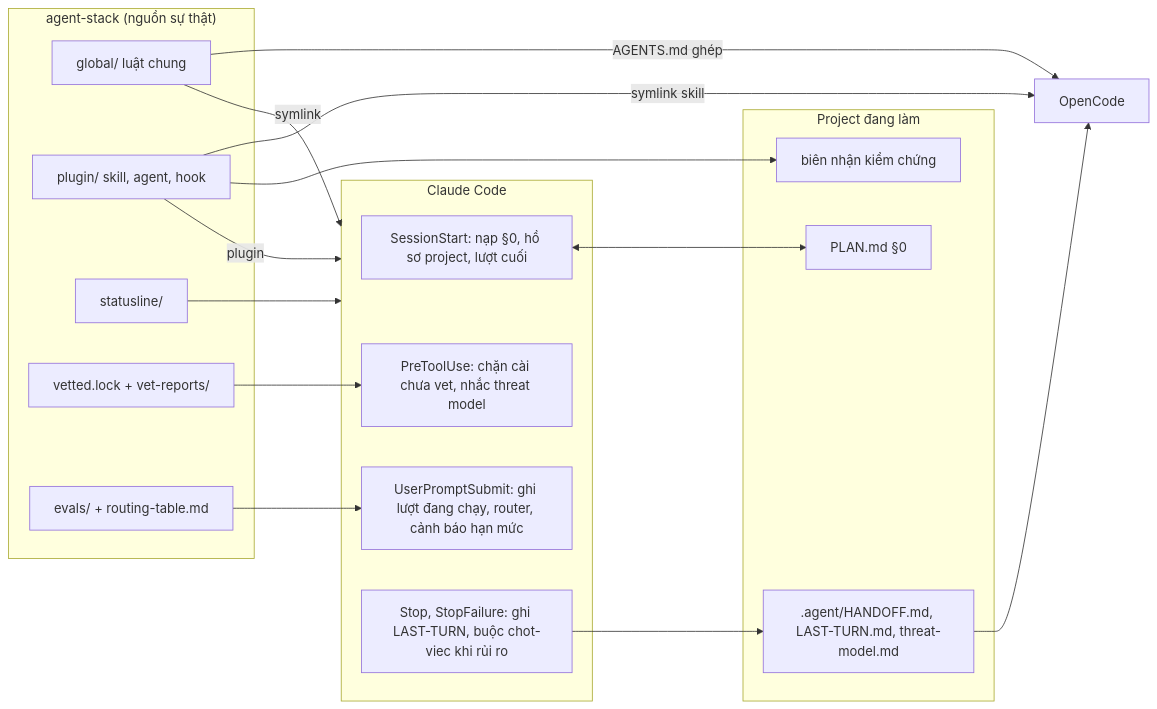
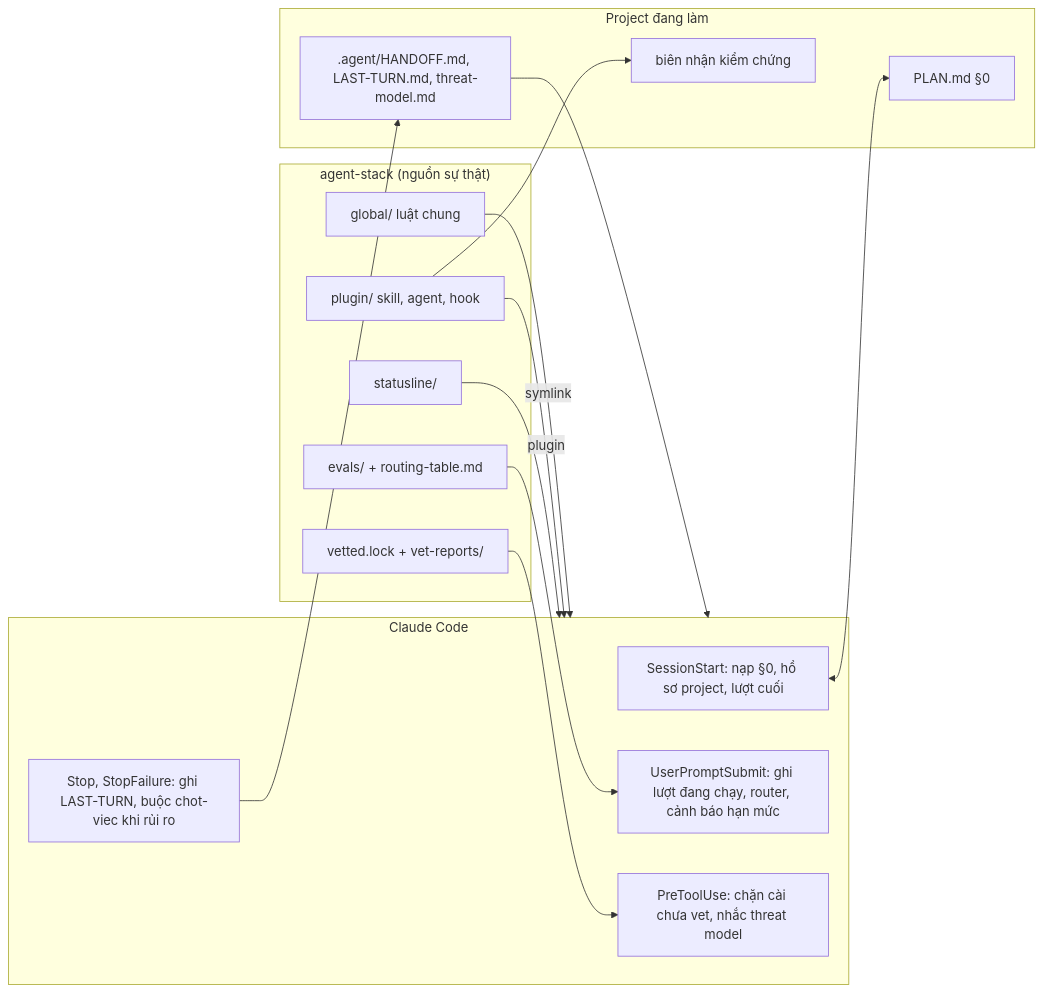
Before and after one commit to tdHuy22/agent-stack: the diagram in README.md, drawn with Mermaid. The commit also changed other lines of this file and 2 other files, not shown here.

First line of the commit message:
Viết lại README và HUONG-DAN sau khi bỏ OpenCode

````diff
--- a/README.md
+++ b/README.md
@@ -42,37 +41,33 @@
 ```mermaid
 flowchart LR
     subgraph Repo["agent-stack (nguồn sự thật)"]
         G["global/ luật chung"]
         P["plugin/ skill, agent, hook"]
         S["statusline/"]
         V["vetted.lock + vet-reports/"]
         E["evals/ + routing-table.md"]
     end
 
     subgraph CC["Claude Code"]
         H1[SessionStart: nạp §0, hồ sơ project, lượt cuối]
         H2[UserPromptSubmit: ghi lượt đang chạy, router, cảnh báo hạn mức]
         H3[PreToolUse: chặn cài chưa vet, nhắc threat model]
         H4[Stop, StopFailure: ghi LAST-TURN, buộc chot-viec khi rủi ro]
     end
 
     subgraph Proj["Project đang làm"]
         PL[PLAN.md §0]
         AG[.agent/HANDOFF.md, LAST-TURN.md, threat-model.md]
         RC[biên nhận kiểm chứng]
     end
 
-    OC[OpenCode]
-
     G -- symlink --> CC
-    G -- AGENTS.md ghép --> OC
     P -- plugin --> CC
-    P -- symlink skill --> OC
     S --> CC
     V --> H3
     E --> H2
     H1 <--> PL
     H4 --> AG
     P --> RC
-    AG --> OC
+    AG --> CC
 ```
````
